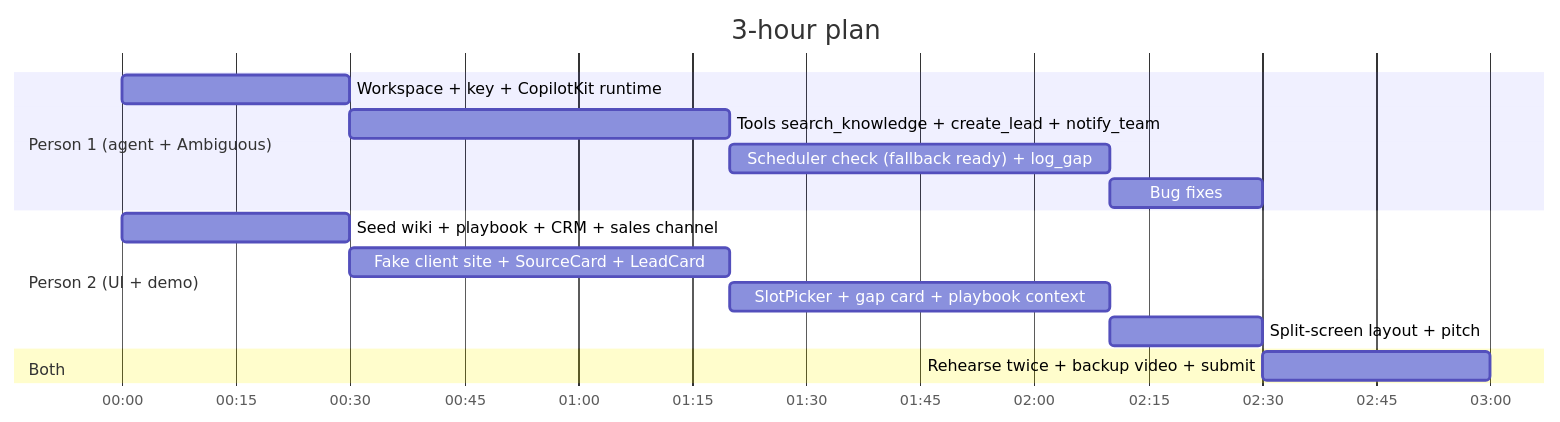
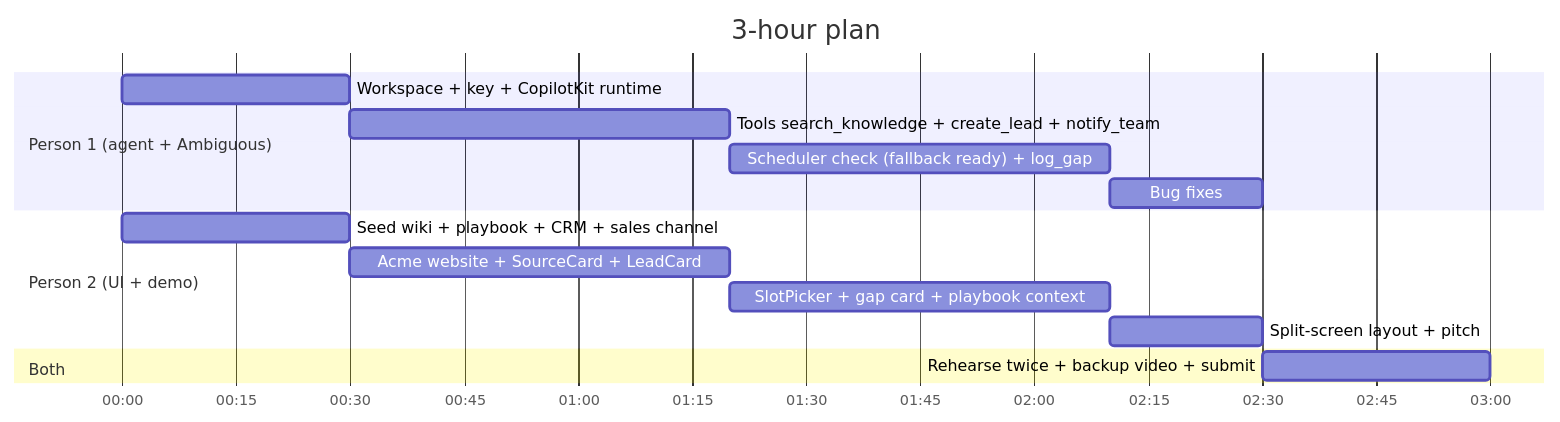
The fifth of 5 diagrams in docs/concierge/demo-plan.md (cun3yt/hackahton), drawn with Mermaid before and after one commit. The commit also changed other lines of this file and 1 other file, not shown here.

````diff
--- a/docs/concierge/demo-plan.md
+++ b/docs/concierge/demo-plan.md
@@ -137,18 +255,18 @@
 ```mermaid
 gantt
     title 3-hour plan
     dateFormat HH:mm
     axisFormat %H:%M
     section Person 1 (agent + Ambiguous)
     Workspace + key + CopilotKit runtime       :p1a, 00:00, 30m
     Tools search_knowledge + create_lead + notify_team :p1b, after p1a, 50m
     Scheduler check (fallback ready) + log_gap :p1c, after p1b, 50m
     Bug fixes                                  :p1d, after p1c, 20m
     section Person 2 (UI + demo)
     Seed wiki + playbook + CRM + sales channel :p2a, 00:00, 30m
-    Fake client site + SourceCard + LeadCard   :p2b, after p2a, 50m
+    Acme website + SourceCard + LeadCard       :p2b, after p2a, 50m
     SlotPicker + gap card + playbook context   :p2c, after p2b, 50m
     Split-screen layout + pitch                :p2d, after p2c, 20m
     section Both
     Rehearse twice + backup video + submit     :b1, 02:30, 30m
 ```
````
